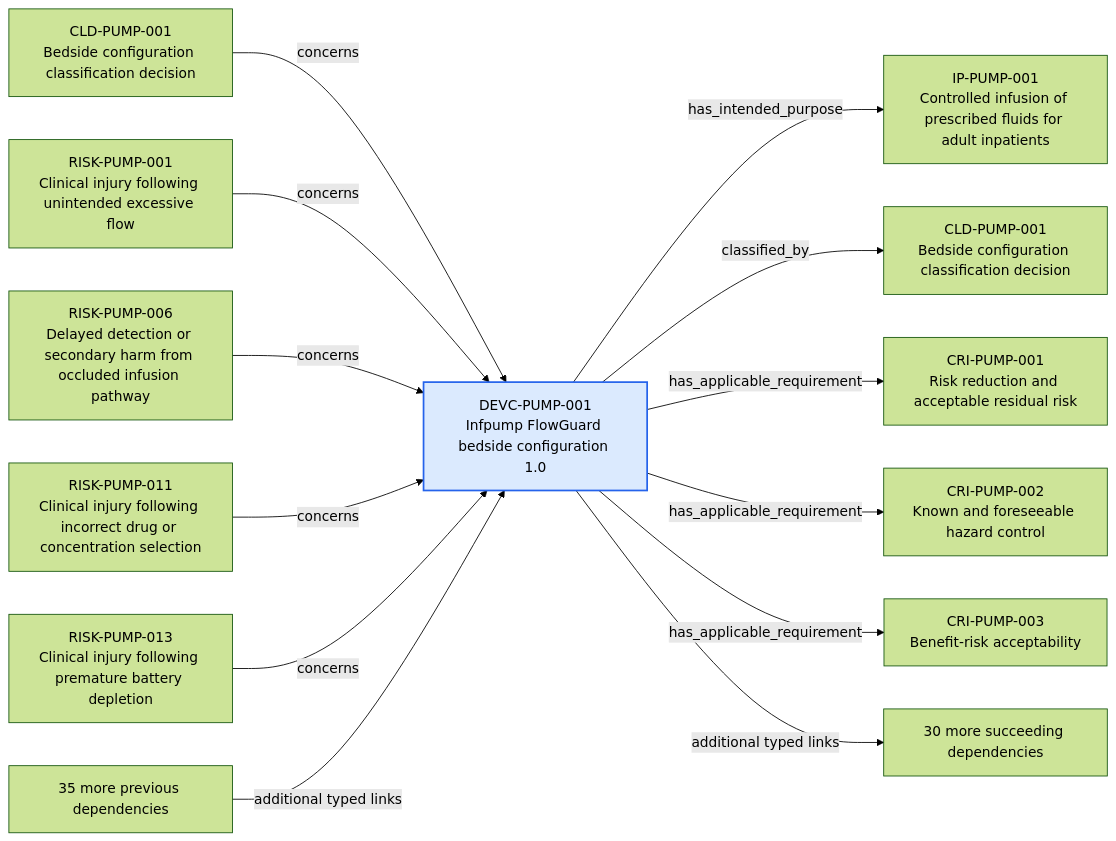
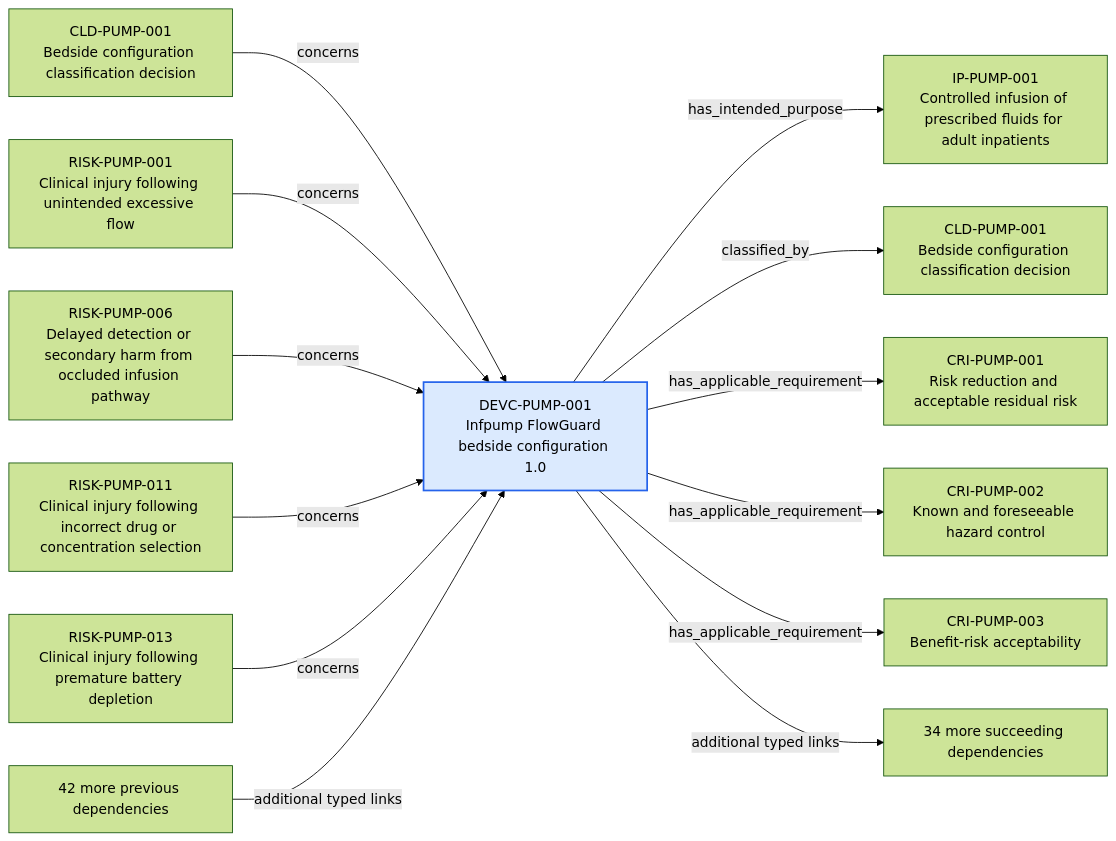
One commit to mvattulainen/mdrontology changed the diagram in content/06-Infpump FlowGuard ontology notes/device-configuration/DEVC-PUMP-001-infpump-flowguard-bedside-configuration-10.md. Above: the diagram before and after it, drawn with Mermaid (forest theme). The commit also changed other lines of this file and 37 other files, not shown here.

````diff
--- a/content/06-Infpump FlowGuard ontology notes/device-configuration/DEVC-PUMP-001-infpump-flowguard-bedside-configuration-10.md
+++ b/content/06-Infpump FlowGuard ontology notes/device-configuration/DEVC-PUMP-001-infpump-flowguard-bedside-configuration-10.md
@@ -158,30 +162,30 @@
 ```mermaid
 flowchart LR
   CURRENT["DEVC-PUMP-001<br/>Infpump FlowGuard bedside configuration 1.0"]
   PREV0["CLD-PUMP-001<br/>Bedside configuration classification decision"]
   PREV0 -->|"concerns"| CURRENT
   PREV1["RISK-PUMP-001<br/>Clinical injury following unintended excessive flow"]
   PREV1 -->|"concerns"| CURRENT
   PREV2["RISK-PUMP-006<br/>Delayed detection or secondary harm from occluded infusion pathway"]
   PREV2 -->|"concerns"| CURRENT
   PREV3["RISK-PUMP-011<br/>Clinical injury following incorrect drug or concentration selection"]
   PREV3 -->|"concerns"| CURRENT
   PREV4["RISK-PUMP-013<br/>Clinical injury following premature battery depletion"]
   PREV4 -->|"concerns"| CURRENT
-  PREV_MORE["35 more previous dependencies"]
+  PREV_MORE["42 more previous dependencies"]
   PREV_MORE -->|"additional typed links"| CURRENT
   NEXT0["IP-PUMP-001<br/>Controlled infusion of prescribed fluids for adult inpatients"]
   CURRENT -->|"has_intended_purpose"| NEXT0
   NEXT1["CLD-PUMP-001<br/>Bedside configuration classification decision"]
   CURRENT -->|"classified_by"| NEXT1
   NEXT2["CRI-PUMP-001<br/>Risk reduction and acceptable residual risk"]
   CURRENT -->|"has_applicable_requirement"| NEXT2
   NEXT3["CRI-PUMP-002<br/>Known and foreseeable hazard control"]
   CURRENT -->|"has_applicable_requirement"| NEXT3
   NEXT4["CRI-PUMP-003<br/>Benefit-risk acceptability"]
   CURRENT -->|"has_applicable_requirement"| NEXT4
-  NEXT_MORE["30 more succeeding dependencies"]
+  NEXT_MORE["34 more succeeding dependencies"]
   CURRENT -->|"additional typed links"| NEXT_MORE
   classDef current fill:#dbeafe,stroke:#2563eb,stroke-width:2px
   class CURRENT current
 ```
````
